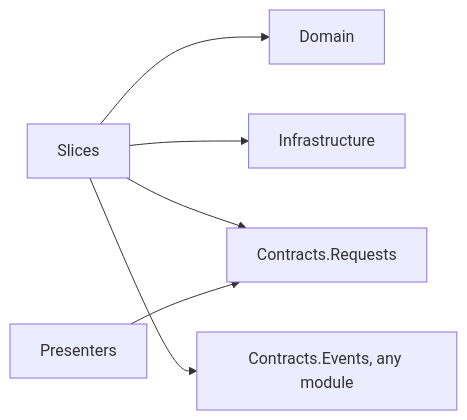
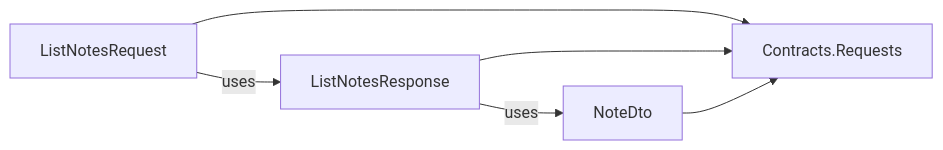
The diagram in docs/slice-layout.md (MgCohen/vsa-template), drawn with Mermaid before and after one commit. The commit also changed other lines of this file and 38 other files, not shown here.

````diff
--- a/docs/slice-layout.md
+++ b/docs/slice-layout.md
@@ -50,8 +38,8 @@
 ```mermaid
 flowchart LR
-    S[Slices] --> D[Domain]
-    S --> I[Infrastructure]
-    S --> R[Contracts.Requests]
-    S --> E[Contracts.Events, any module]
-    P[Presenters] --> R
+    R[ListNotesRequest] -->|uses| S[ListNotesResponse]
+    S -->|uses| D[NoteDto]
+    R --> C[Contracts.Requests]
+    S --> C
+    D --> C
 ```
````
